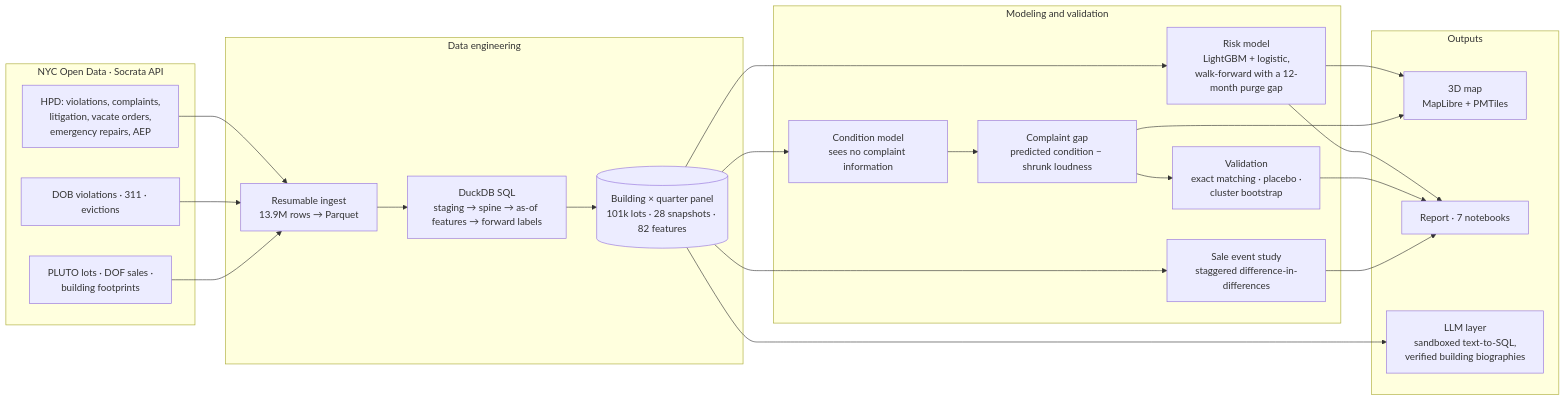
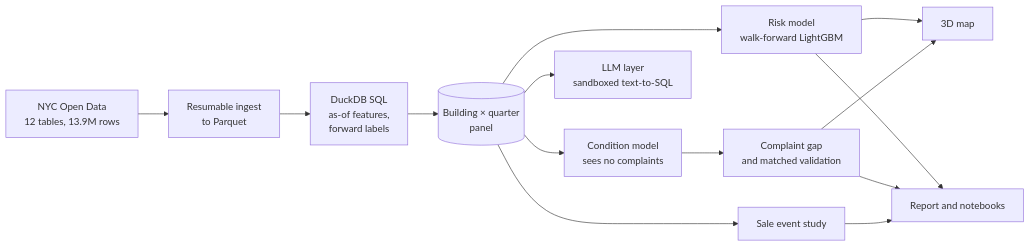
One commit to moizfakhri/Silent-Buildings changed the diagram in README.md. Above: the diagram before and after it, drawn with Mermaid. The commit also changed other lines of this file, not shown here.

````diff
--- a/README.md
+++ b/README.md
@@ -132,36 +73,13 @@
 ```mermaid
 flowchart LR
-    subgraph SRC["NYC Open Data · Socrata API"]
-        A1["HPD: violations, complaints,<br/>litigation, vacate orders,<br/>emergency repairs, AEP"]
-        A2["DOB violations · 311 · evictions"]
-        A3["PLUTO lots · DOF sales ·<br/>building footprints"]
-    end
-
-    subgraph ENG["Data engineering"]
-        B1["Resumable ingest<br/>13.9M rows → Parquet"]
-        B2["DuckDB SQL<br/>staging → spine → as-of features → forward labels"]
-        B3[("Building × quarter panel<br/>101k lots · 28 snapshots · 82 features")]
-    end
-
-    subgraph SCI["Modeling and validation"]
-        C1["Risk model<br/>LightGBM + logistic,<br/>walk-forward with a 12-month purge gap"]
-        C2["Condition model<br/>sees no complaint information"]
-        C3["Complaint gap<br/>predicted condition − shrunk loudness"]
-        C4["Validation<br/>exact matching · placebo ·<br/>cluster bootstrap"]
-        C5["Sale event study<br/>staggered difference-in-differences"]
-    end
-
-    subgraph OUT["Outputs"]
-        D1["3D map<br/>MapLibre + PMTiles"]
-        D2["Report · 7 notebooks"]
-        D3["LLM layer<br/>sandboxed text-to-SQL,<br/>verified building biographies"]
-    end
-
-    A1 & A2 & A3 --> B1 --> B2 --> B3
-    B3 --> C1 & C2
-    C2 --> C3 --> C4
-    B3 --> C5
-    C1 & C3 --> D1
-    C1 & C4 & C5 --> D2
-    B3 --> D3
+    A["NYC Open Data<br/>12 tables, 13.9M rows"] --> B["Resumable ingest<br/>to Parquet"]
+    B --> C["DuckDB SQL<br/>as-of features,<br/>forward labels"]
+    C --> D[("Building × quarter<br/>panel")]
+    D --> E["Risk model<br/>walk-forward LightGBM"]
+    D --> F["Condition model<br/>sees no complaints"]
+    F --> G["Complaint gap<br/>and matched validation"]
+    D --> H["Sale event study"]
+    E & G --> I["3D map"]
+    E & G & H --> J["Report and notebooks"]
+    D --> K["LLM layer<br/>sandboxed text-to-SQL"]
 ```
````
